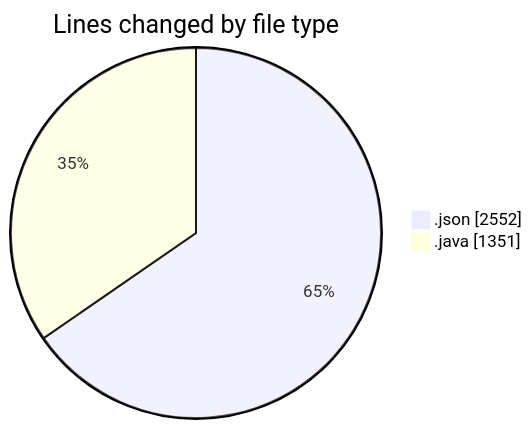
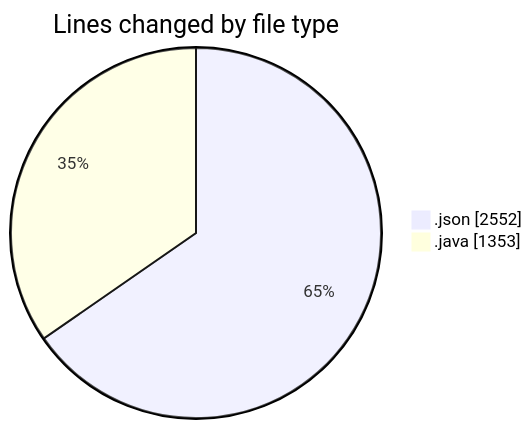
The first of 2 diagrams in 2026-10-20/cilapp/README.md (ricardozamudiocil/code-tracking), drawn with Mermaid before and after one commit. The commit also changed other lines of this file and 1 other file, not shown here.

````diff
--- a/2026-10-20/cilapp/README.md
+++ b/2026-10-20/cilapp/README.md
@@ -24,6 +24,6 @@
 ```mermaid
 pie showData
 title Lines changed by file type
 ".json" : 2552
-".java" : 1351
+".java" : 1353
 ```
````
